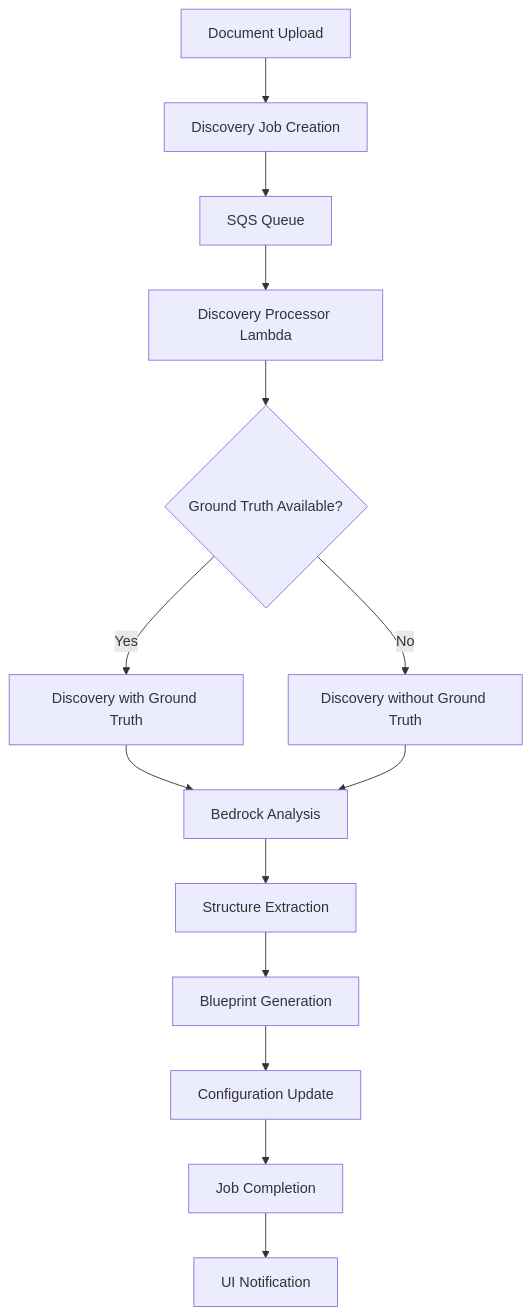
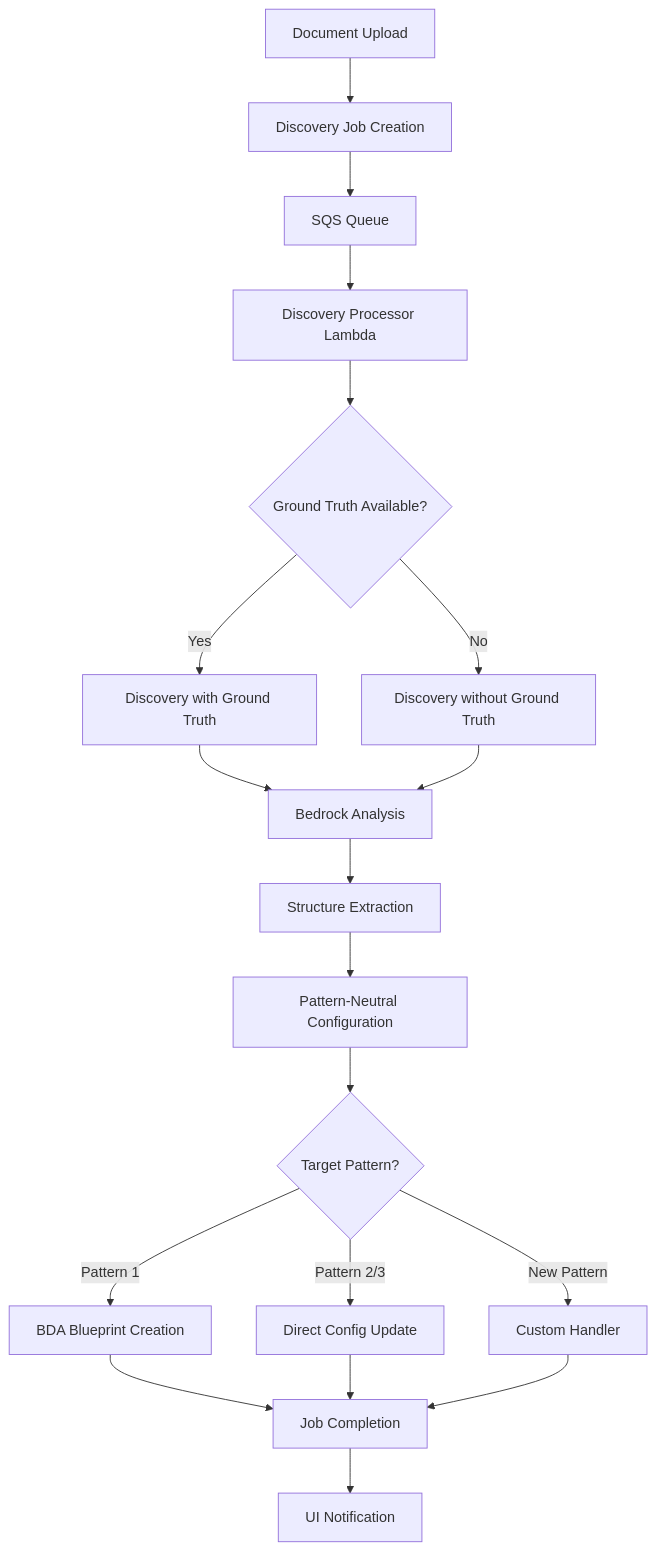
Before and after one commit to ssu-vtl/accelerated-intelligent-document-processing-on-aws: the first of 2 diagrams in docs/discovery.md, drawn with Mermaid. The commit also changed other lines of this file and 1 other file, not shown here.

````diff
--- a/docs/discovery.md
+++ b/docs/discovery.md
@@ -119,16 +200,21 @@
 ```mermaid
 graph TD
     A[Document Upload] --> B[Discovery Job Creation]
     B --> C[SQS Queue]
     C --> D[Discovery Processor Lambda]
     D --> E{Ground Truth Available?}
     E -->|Yes| F[Discovery with Ground Truth]
     E -->|No| G[Discovery without Ground Truth]
     F --> H[Bedrock Analysis]
     G --> H
     H --> I[Structure Extraction]
-    I --> J[Blueprint Generation]
-    J --> K[Configuration Update]
-    K --> L[Job Completion]
-    L --> M[UI Notification]
+    I --> J[Pattern-Neutral Configuration]
+    J --> K{Target Pattern?}
+    K -->|Pattern 1| L[BDA Blueprint Creation]
+    K -->|Pattern 2/3| M[Direct Config Update]
+    K -->|New Pattern| N[Custom Handler]
+    L --> O[Job Completion]
+    M --> O
+    N --> O
+    O --> P[UI Notification]
 ```
````
